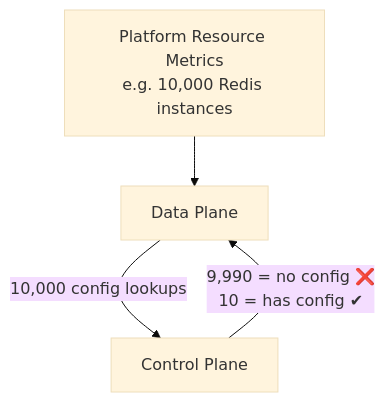
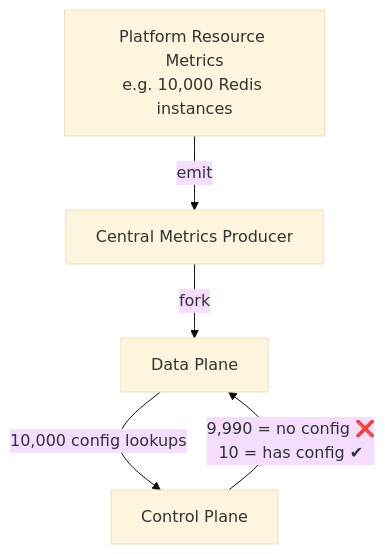
Before and after one commit to mvsnbharath/Design: the third of 5 diagrams in AWS/Msft/e2e.md, drawn with Mermaid (base theme). The commit also changed other lines of this file, not shown here.

````diff
--- a/AWS/Msft/e2e.md
+++ b/AWS/Msft/e2e.md
@@ -53,6 +53,7 @@
 ```mermaid
 flowchart TB
-    P[Platform Resource Metrics<br/>e.g. 10,000 Redis instances] --> DP[Data Plane]
+    PR[Platform Resource Metrics<br/>e.g. 10,000 Redis instances] -->|emit| CMP[Central Metrics Producer]
+    CMP -->|fork| DP[Data Plane]
     DP -->|10,000 config lookups| CP[Control Plane]
     CP -->|9,990 = no config ❌<br/>10 = has config ✔| DP
 ```
````
